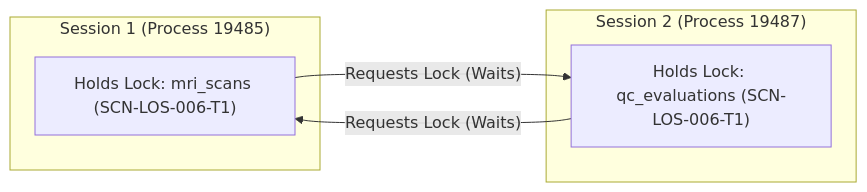
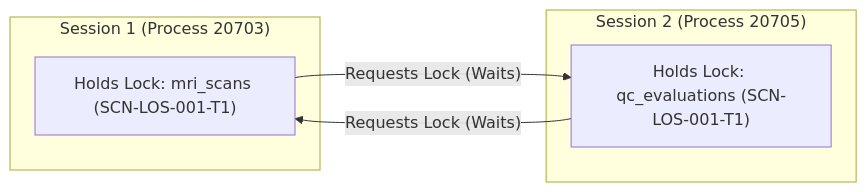
One commit to filimapatrick/patrick_filima_MIT8103-Advanced-Database-Portfolio changed the diagram in portfolio-3-transactions-concurrency/transaction_analysis.md. Above: the diagram before and after it, drawn with Mermaid. The commit also changed other lines of this file and 6 other files, not shown here.

````diff
--- a/portfolio-3-transactions-concurrency/transaction_analysis.md
+++ b/portfolio-3-transactions-concurrency/transaction_analysis.md
@@ -349,13 +385,13 @@
 ```mermaid
 flowchart LR
-    subgraph Session_1 ["Session 1 (Process 19485)"]
-        S1["Holds Lock: mri_scans (SCN-LOS-006-T1)"]
+    subgraph Session_1 ["Session 1 (Process 20703)"]
+        S1["Holds Lock: mri_scans (SCN-LOS-001-T1)"]
     end
 
-    subgraph Session_2 ["Session 2 (Process 19487)"]
-        S2["Holds Lock: qc_evaluations (SCN-LOS-006-T1)"]
+    subgraph Session_2 ["Session 2 (Process 20705)"]
+        S2["Holds Lock: qc_evaluations (SCN-LOS-001-T1)"]
     end
 
     S1 -- "Requests Lock (Waits)" --> S2
     S2 -- "Requests Lock (Waits)" --> S1
 ```
````
